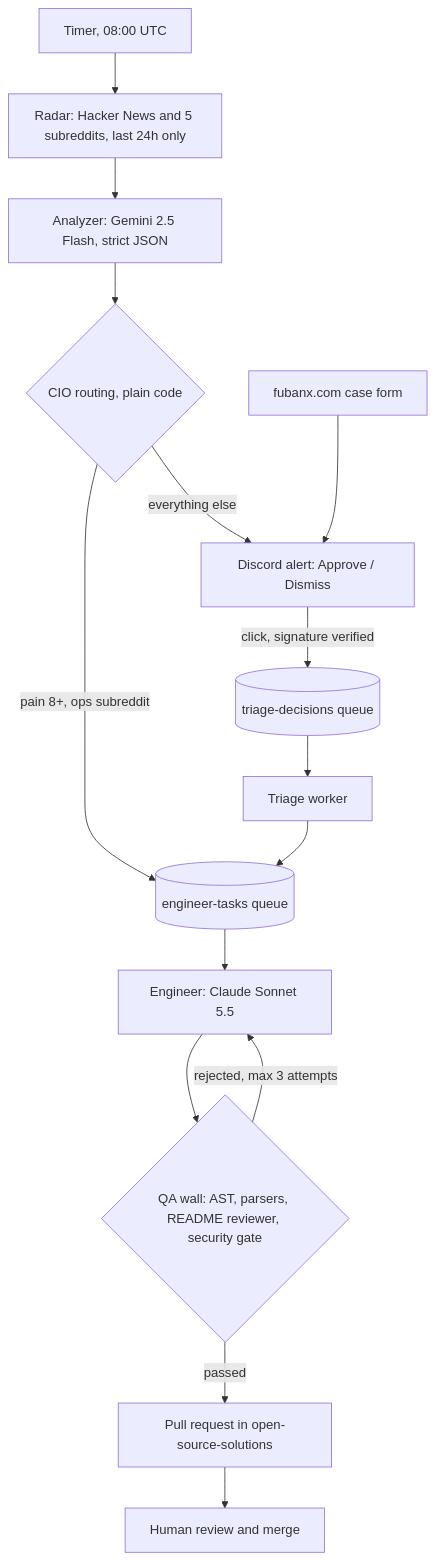
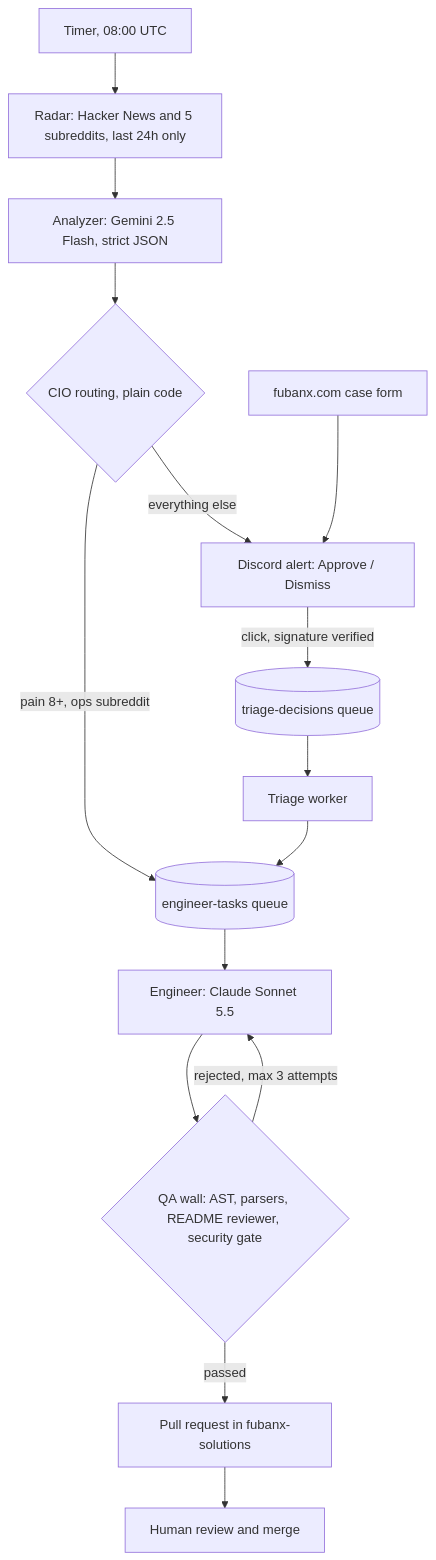
Before and after one commit to AdrianStudio/fubanx: the diagram in README.md, drawn with Mermaid. The commit also changed other lines of this file, not shown here.

Commit message:
docs: rename open-source-solutions to fubanx-solutions

````diff
--- a/README.md
+++ b/README.md
@@ -30,17 +30,17 @@
 ```mermaid
 flowchart TD
     T["Timer, 08:00 UTC"] --> R["Radar: Hacker News and 5 subreddits, last 24h only"]
     R --> A["Analyzer: Gemini 2.5 Flash, strict JSON"]
     A --> C{"CIO routing, plain code"}
     C -->|"pain 8+, ops subreddit"| EQ[("engineer-tasks queue")]
     C -->|"everything else"| D["Discord alert: Approve / Dismiss"]
     W["fubanx.com case form"] --> D
     D -->|"click, signature verified"| TQ[("triage-decisions queue")]
     TQ --> TR["Triage worker"]
     TR --> EQ
     EQ --> E["Engineer: Claude Sonnet 5.5"]
     E --> Q{"QA wall: AST, parsers, README reviewer, security gate"}
     Q -->|"rejected, max 3 attempts"| E
-    Q -->|"passed"| PR["Pull request in open-source-solutions"]
+    Q -->|"passed"| PR["Pull request in fubanx-solutions"]
     PR --> H["Human review and merge"]
 ```
````
